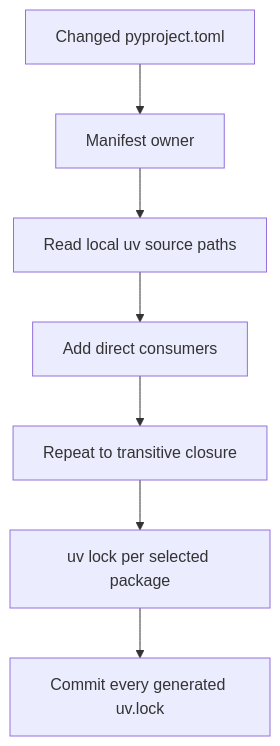
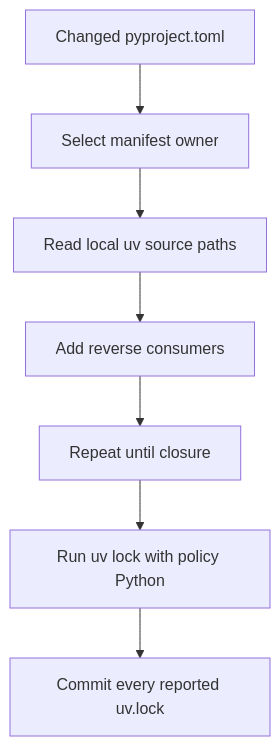
Before and after one commit to langchain-ai/deepagents: the diagram in openwiki/operations/development.md, drawn with Mermaid. The commit also changed other lines of this file and 63 other files, not shown here.

````diff
--- a/openwiki/operations/development.md
+++ b/openwiki/operations/development.md
@@ -137,9 +94,9 @@
 ```mermaid
 flowchart TD
-    Changed["Changed pyproject.toml"] --> Owner["Manifest owner"]
-    Owner --> Scan["Read local uv source paths"]
-    Scan --> Reverse["Add direct consumers"]
-    Reverse --> Repeat["Repeat to transitive closure"]
-    Repeat --> Locks["uv lock per selected package"]
-    Locks --> Commit["Commit every generated uv.lock"]
+    Change["Changed pyproject.toml"] --> Owner["Select manifest owner"]
+    Owner --> Sources["Read local uv source paths"]
+    Sources --> Consumers["Add reverse consumers"]
+    Consumers --> Closure["Repeat until closure"]
+    Closure --> Resolve["Run uv lock with policy Python"]
+    Resolve --> Commit["Commit every reported uv.lock"]
 ```
````
